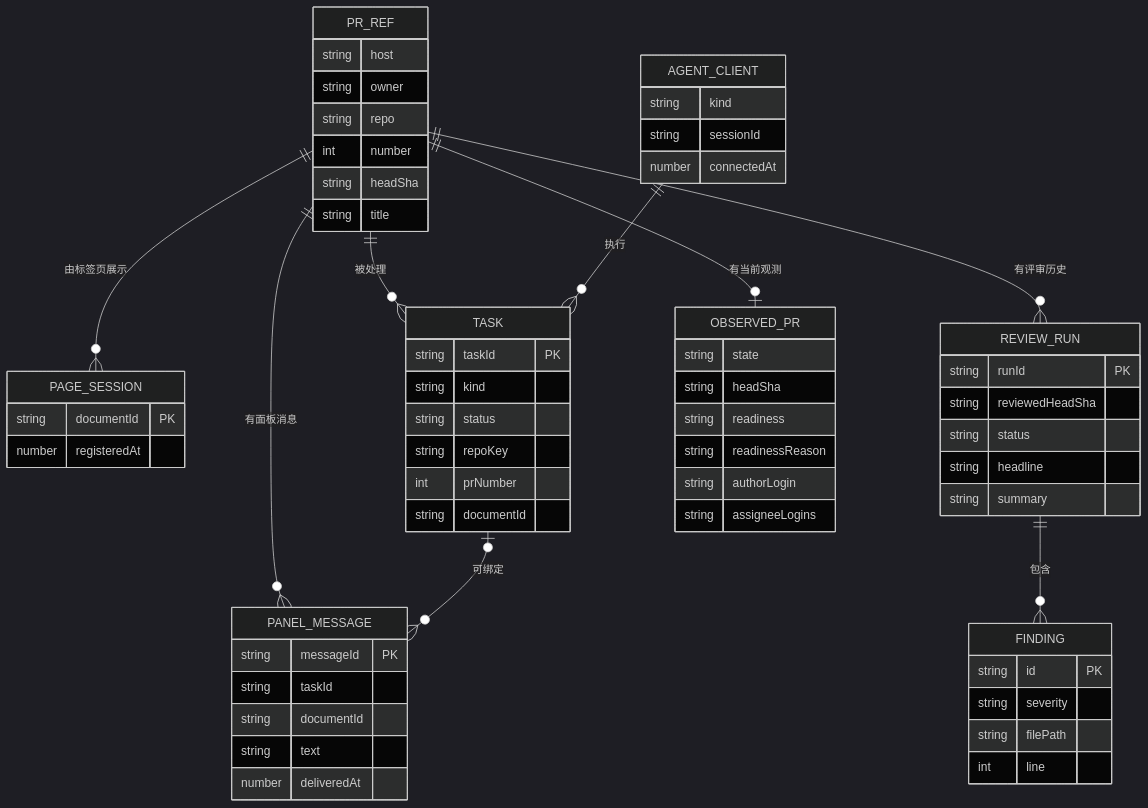
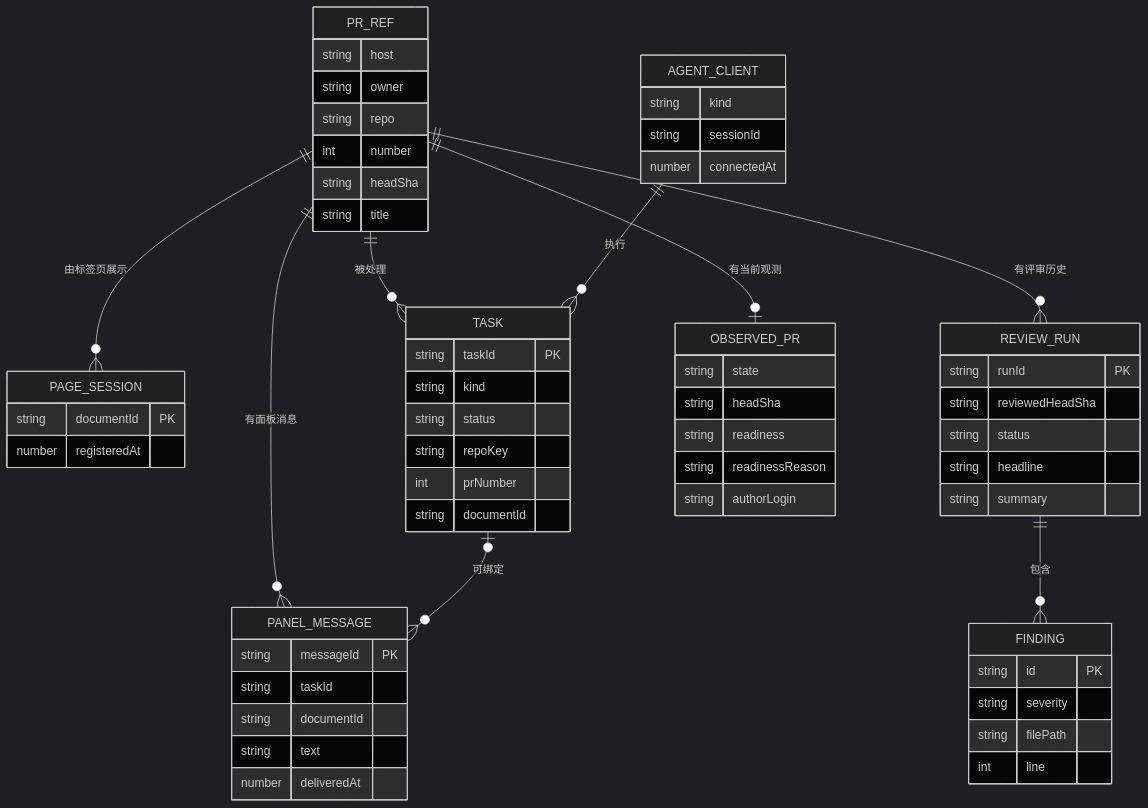
One commit to ZenUml/conf-app changed the second of 3 diagrams in packages/pr-agent-panel/ARCHITECTURE.zh-CN.md. Above: the diagram before and after it, drawn with Mermaid (dark theme). The commit also changed other lines of this file and 9 other files, not shown here.

````diff
--- a/packages/pr-agent-panel/ARCHITECTURE.zh-CN.md
+++ b/packages/pr-agent-panel/ARCHITECTURE.zh-CN.md
@@ -52,65 +52,64 @@
 ```mermaid
 erDiagram
   PR_REF ||--o{ PAGE_SESSION : "由标签页展示"
   PR_REF ||--o{ TASK : "被处理"
   PR_REF ||--o{ REVIEW_RUN : "有评审历史"
   PR_REF ||--o| OBSERVED_PR : "有当前观测"
   PR_REF ||--o{ PANEL_MESSAGE : "有面板消息"
   AGENT_CLIENT ||--o{ TASK : "执行"
   TASK o|--o{ PANEL_MESSAGE : "可绑定"
   REVIEW_RUN ||--o{ FINDING : "包含"
 
   PR_REF {
     string host
     string owner
     string repo
     int number
     string headSha
     string title
   }
   PAGE_SESSION {
     string documentId PK
     number registeredAt
   }
   AGENT_CLIENT {
     string kind
     string sessionId
     number connectedAt
   }
   TASK {
     string taskId PK
     string kind
     string status
     string repoKey
     int prNumber
     string documentId
   }
   PANEL_MESSAGE {
     string messageId PK
     string taskId
     string documentId
     string text
     number deliveredAt
   }
   REVIEW_RUN {
     string runId PK
     string reviewedHeadSha
     string status
     string headline
     string summary
   }
   OBSERVED_PR {
     string state
     string headSha
     string readiness
     string readinessReason
     string authorLogin
-    string assigneeLogins
   }
   FINDING {
     string id PK
     string severity
     string filePath
     int line
   }
 ```
````
